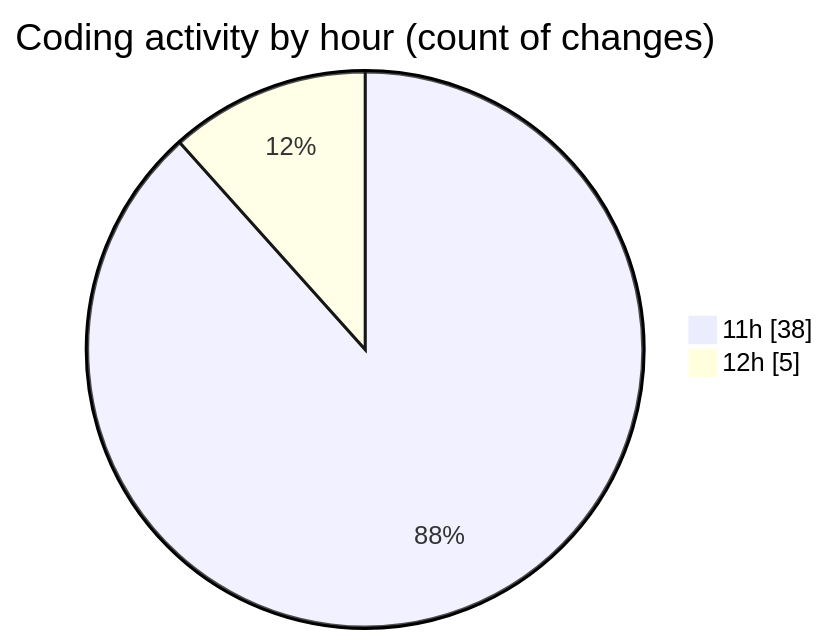
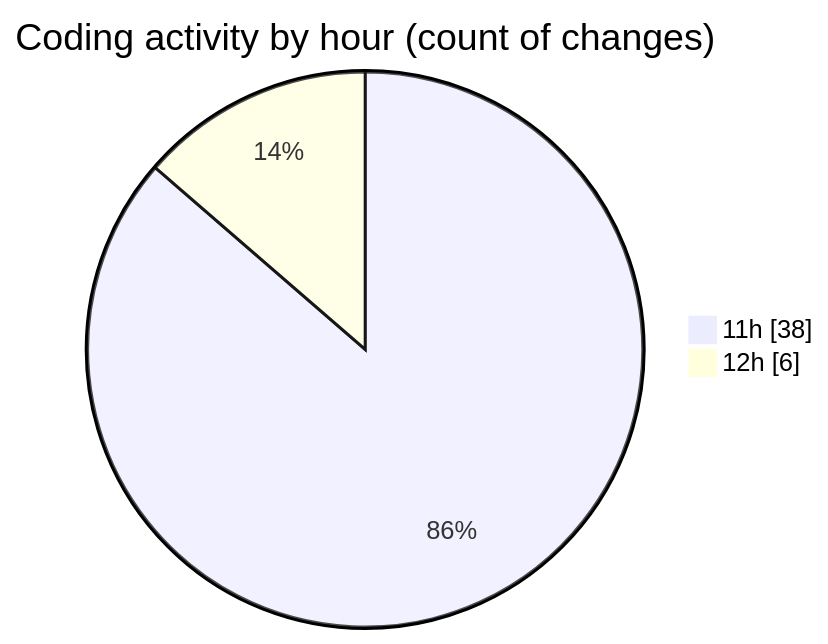
Before and after one commit to momahboobian/code-tracking: the second of 2 diagrams in 2026-03-19/commonwealth-front-end-task/README.md, drawn with Mermaid. The commit also changed other lines of this file and 1 other file, not shown here.

````diff
--- a/2026-03-19/commonwealth-front-end-task/README.md
+++ b/2026-03-19/commonwealth-front-end-task/README.md
@@ -36,6 +36,6 @@
 ```mermaid
 pie showData
 title Coding activity by hour (count of changes)
 "11h" : 38
-"12h" : 5
+"12h" : 6
 ```
````
